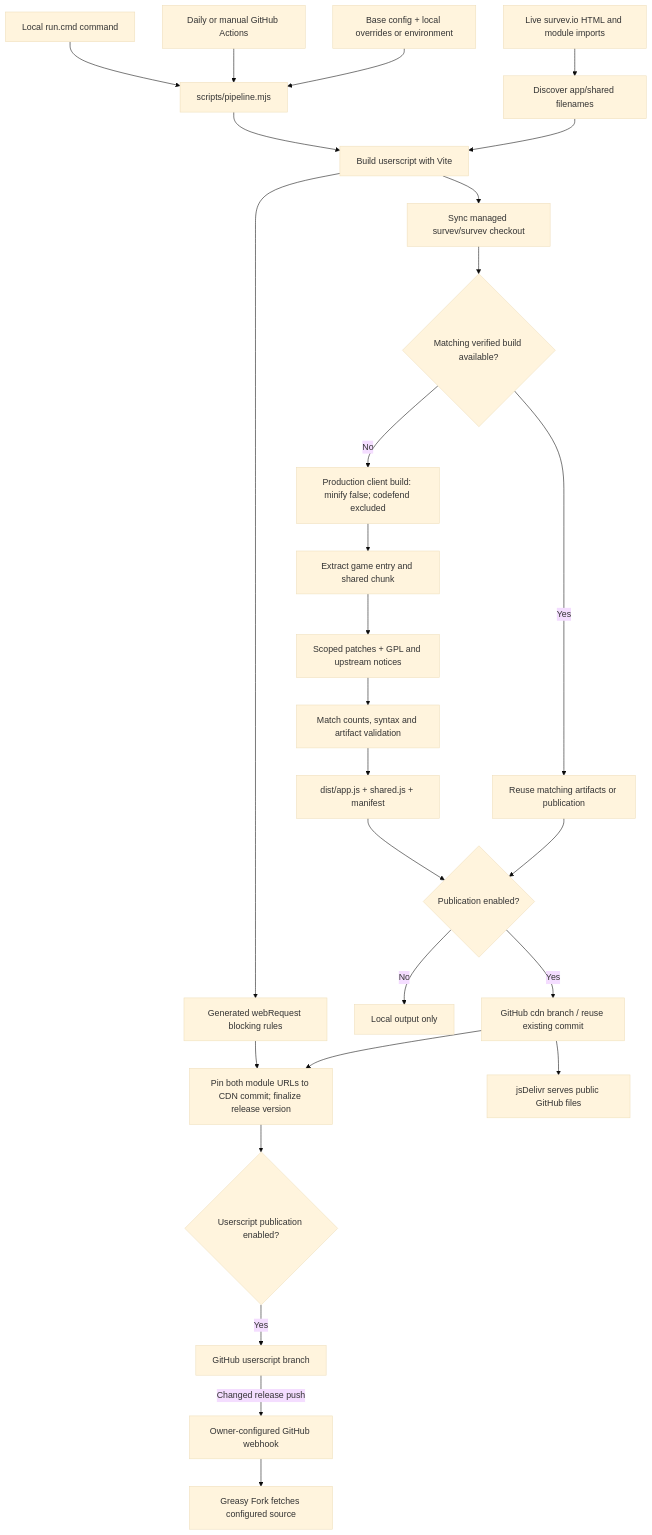
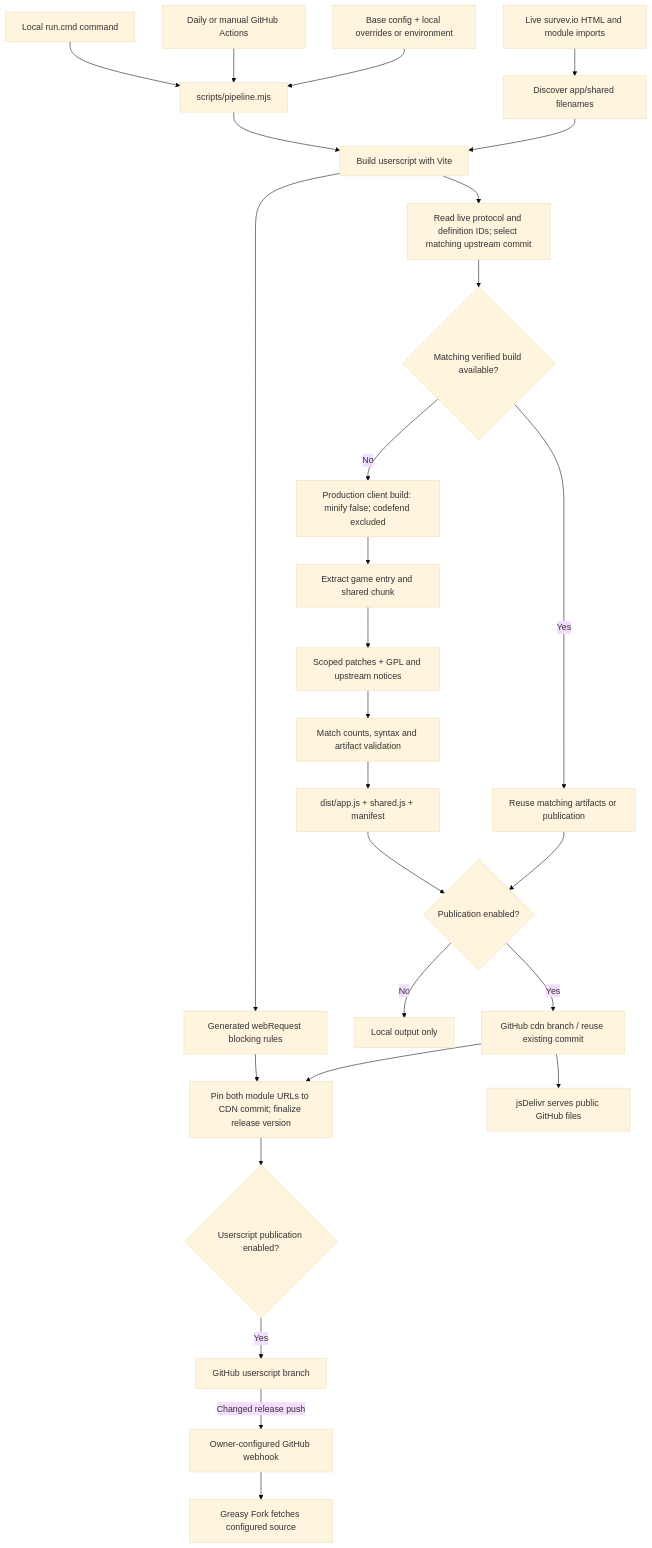
The first of 3 diagrams in docs/architecture.md (123wwwa/Survev-Prism-Cheat), drawn with Mermaid (base theme) before and after one commit. The commit also changed other lines of this file and 13 other files, not shown here.

Commit message:
fix protocol matching problem

````diff
--- a/docs/architecture.md
+++ b/docs/architecture.md
@@ -9,29 +9,29 @@
 ```mermaid
 flowchart TD
     Local["Local run.cmd command"] --> Pipeline["scripts/pipeline.mjs"]
     Actions["Daily or manual GitHub Actions"] --> Pipeline
     Config["Base config + local overrides or environment"] --> Pipeline
     Pipeline --> UserBuild["Build userscript with Vite"]
     Site["Live survev.io HTML and module imports"] --> Discovery["Discover app/shared filenames"]
     Discovery --> UserBuild
     UserBuild --> Rules["Generated webRequest blocking rules"]
-    UserBuild --> Upstream["Sync managed survev/survev checkout"]
+    UserBuild --> Upstream["Read live protocol and definition IDs; select matching upstream commit"]
     Upstream --> Cache{"Matching verified build available?"}
     Cache -->|No| Build["Production client build: minify false; codefend excluded"]
     Build --> Extract["Extract game entry and shared chunk"]
     Extract --> Patch["Scoped patches + GPL and upstream notices"]
     Patch --> Validate["Match counts, syntax and artifact validation"]
     Validate --> Artifacts["dist/app.js + shared.js + manifest"]
     Cache -->|Yes| Reuse["Reuse matching artifacts or publication"]
     Artifacts --> Publish{"Publication enabled?"}
     Reuse --> Publish
     Publish -->|No| LocalOutput["Local output only"]
     Publish -->|Yes| CDN["GitHub cdn branch / reuse existing commit"]
     CDN --> Finalize["Pin both module URLs to CDN commit; finalize release version"]
     Rules --> Finalize
     Finalize --> Release{"Userscript publication enabled?"}
     Release -->|Yes| Branch["GitHub userscript branch"]
     Branch -->|Changed release push| Hook["Owner-configured GitHub webhook"]
     Hook --> GF["Greasy Fork fetches configured source"]
     CDN --> JSDelivr["jsDelivr serves public GitHub files"]
 ```
````
